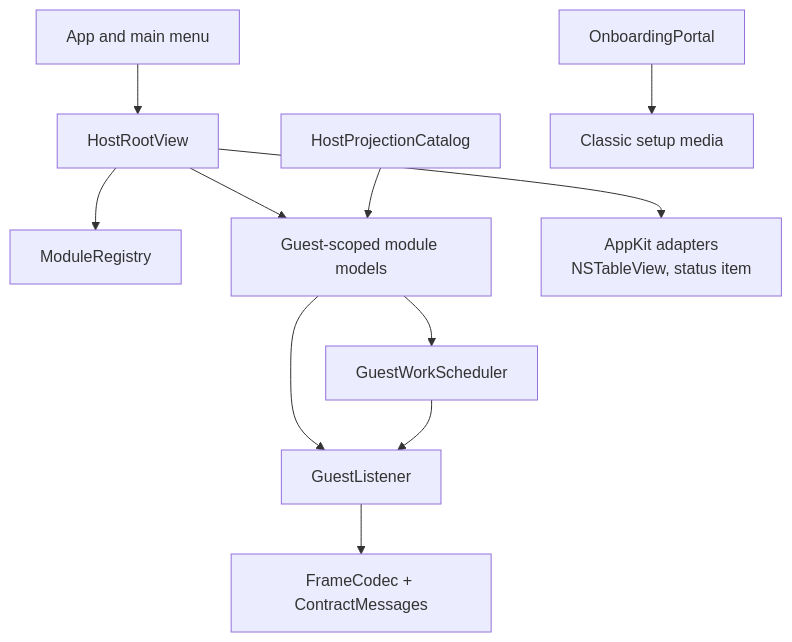
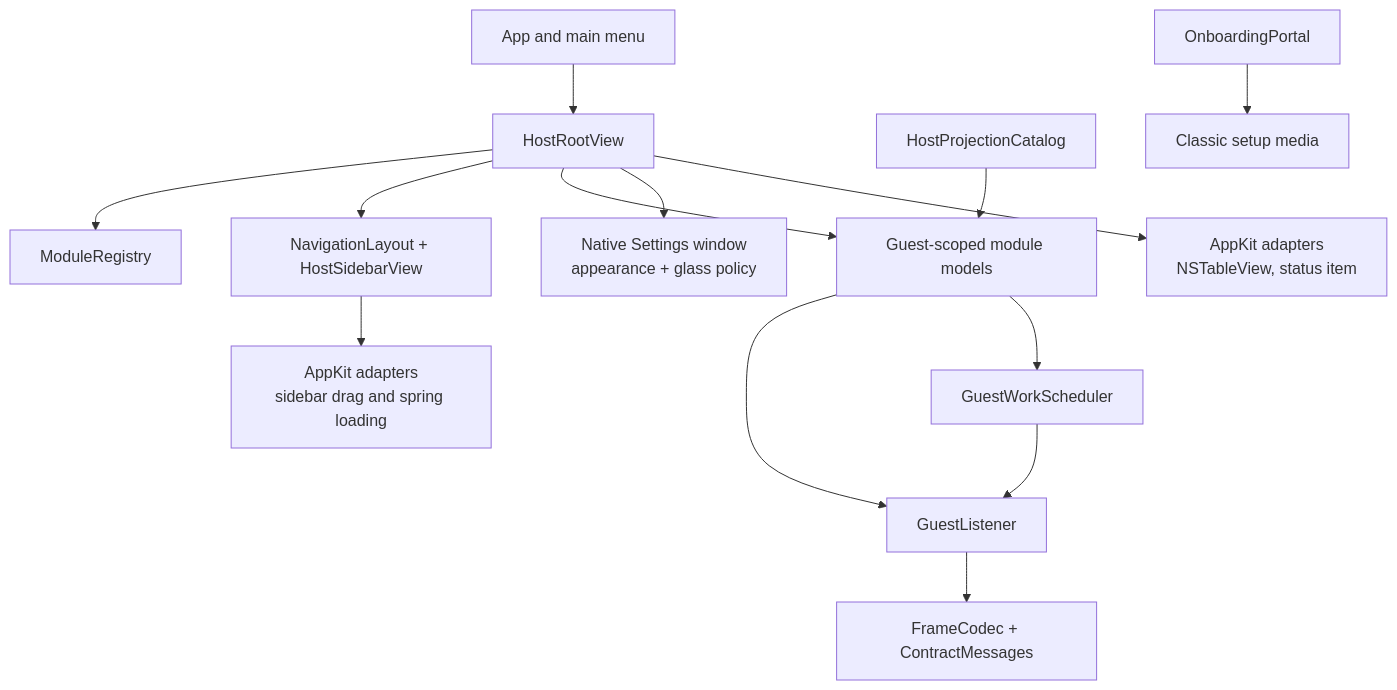
Before and after one commit to thisoldmac/new-old-world: the diagram in docs/developer-guide/architecture/host.md, drawn with Mermaid. The commit also changed other lines of this file and 7 other files, not shown here.

Commit message:
docs(host): explain module shelf navigation

````diff
--- a/docs/developer-guide/architecture/host.md
+++ b/docs/developer-guide/architecture/host.md
@@ -30,13 +30,16 @@
 ```mermaid
 flowchart TD
   APP["App and main menu"] --> ROOT["HostRootView"]
   ROOT --> REG["ModuleRegistry"]
+  ROOT --> NAV["NavigationLayout + HostSidebarView"]
   ROOT --> MODELS["Guest-scoped module models"]
   MODELS --> LISTENER["GuestListener"]
   MODELS --> SCHED["GuestWorkScheduler"]
   SCHED --> LISTENER
   LISTENER --> CODEC["FrameCodec + ContractMessages"]
-  ROOT --> NATIVE["AppKit adapters\nNSTableView, status item"]
+  NAV --> NATIVE_NAV["AppKit adapters\nsidebar drag and spring loading"]
+  ROOT --> SETTINGS["Native Settings window\nappearance + glass policy"]
+  ROOT --> NATIVE_CONTROL["AppKit adapters\nNSTableView, status item"]
   AGENT["HostProjectionCatalog"] --> MODELS
   SETUP["OnboardingPortal"] --> MEDIA["Classic setup media"]
 ```
````
